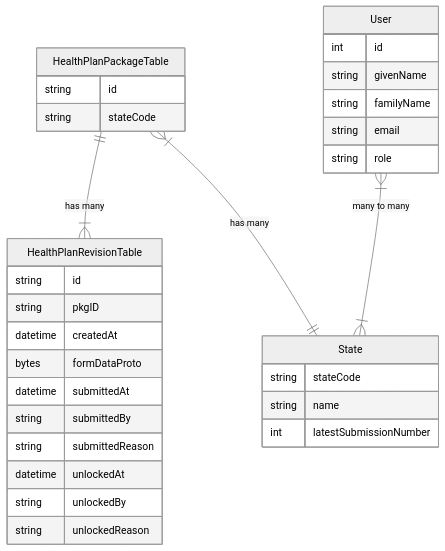
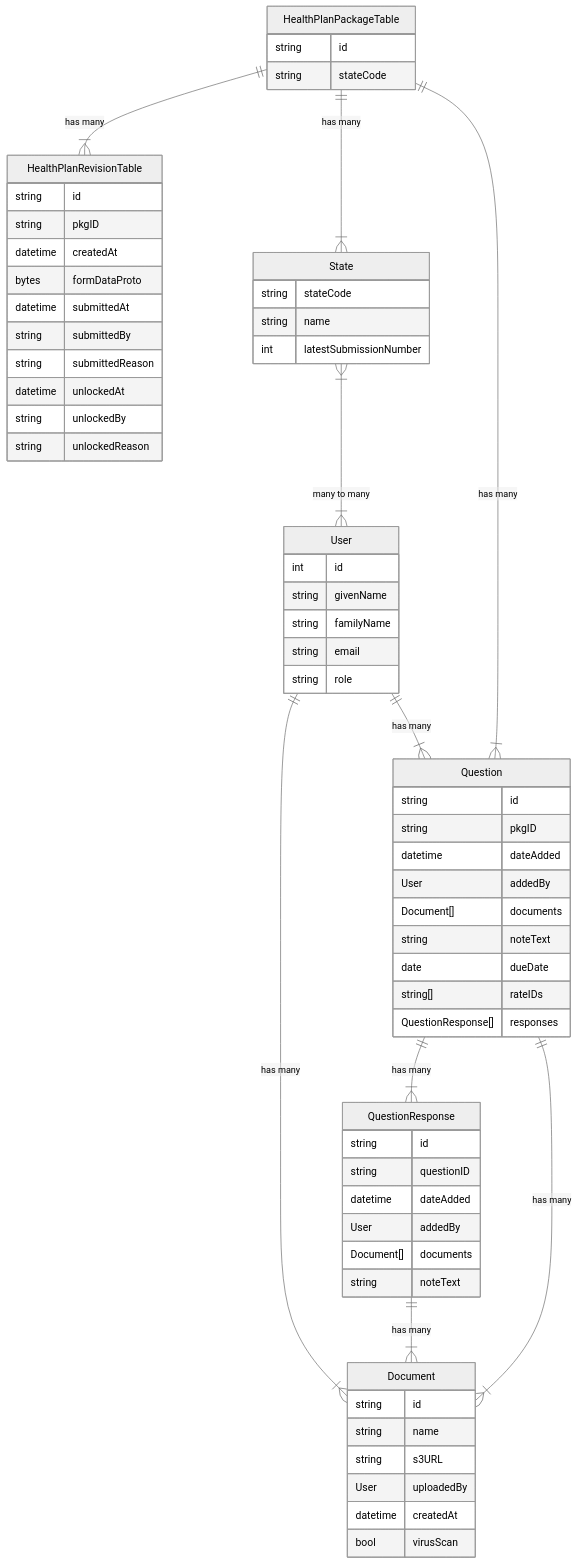
The diagram in docs/technical-design/database-diagram.md (Enterprise-CMCS/managed-care-review), drawn with Mermaid (neutral theme) before and after one commit.

Commit message:
MR: 2793 Database sketch of QA tables (#1493)

````diff
--- a/docs/technical-design/database-diagram.md
+++ b/docs/technical-design/database-diagram.md
@@ -3,40 +3,81 @@
 ```mermaid
 erDiagram
 
 HealthPlanPackageTable ||--|{ HealthPlanRevisionTable: "has many"
-HealthPlanPackageTable }|--|| State: "has many"
+HealthPlanPackageTable ||--|{ State: "has many"
+HealthPlanPackageTable ||--|{ Question: "has many"
+State }|--|{ User: "many to many"
 
 HealthPlanPackageTable {
     string id
     string stateCode
 }
 
 HealthPlanRevisionTable {
     string id
     string pkgID
     datetime createdAt
     bytes   formDataProto
     datetime submittedAt
     string submittedBy
     string submittedReason
     datetime unlockedAt
     string unlockedBy
     string unlockedReason
 }
 
 State {
     string stateCode
     string name
     int latestSubmissionNumber
 }
 
 User {
     int id
     string givenName
     string familyName
     string email
     string role
 }
 
-User }|--|{ State: "many to many"
+Document {
+    string id
+    string name
+    string s3URL
+    User uploadedBy
+    datetime createdAt
+    bool virusScan
+}
+
+User ||--|{ Document: "has many"
+
+User ||--|{ Question: "has many"
+
+Question ||--|{ QuestionResponse: "has many"
+
+Question ||--|{ Document: "has many"
+
+QuestionResponse ||--|{ Document: "has many"
+
+Question {
+    string id
+    string pkgID
+    datetime dateAdded
+    User addedBy
+    Document[] documents
+    string noteText
+    date dueDate
+    string[] rateIDs
+    QuestionResponse[] responses
+}
+
+QuestionResponse {
+    string id
+    string questionID
+    datetime dateAdded
+    User addedBy
+    Document[] documents
+    string noteText
+}
+
 ```
````
